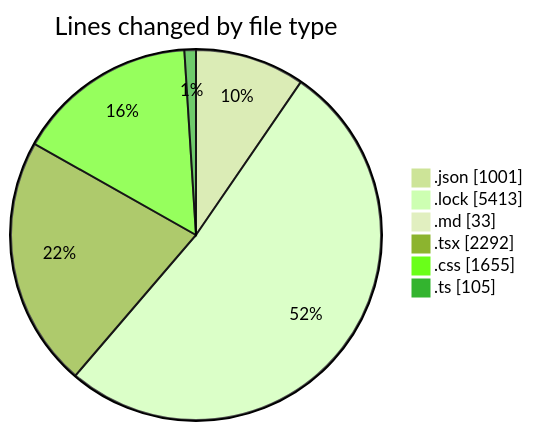
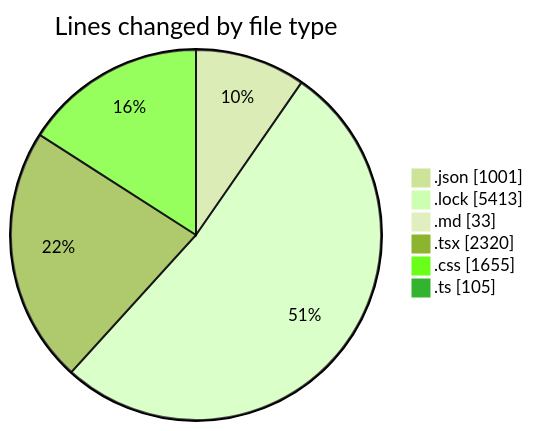
One commit to EIIisD/code-tracking changed the first of 2 diagrams in 2025-08-11/ribbon/README.md. Above: the diagram before and after it, drawn with Mermaid (forest theme). The commit also changed other lines of this file and 1 other file, not shown here.

````diff
--- a/2025-08-11/ribbon/README.md
+++ b/2025-08-11/ribbon/README.md
@@ -44,10 +44,10 @@
 ```mermaid
 pie showData
 title Lines changed by file type
 ".json" : 1001
 ".lock" : 5413
 ".md" : 33
-".tsx" : 2292
+".tsx" : 2320
 ".css" : 1655
 ".ts" : 105
 ```
````
